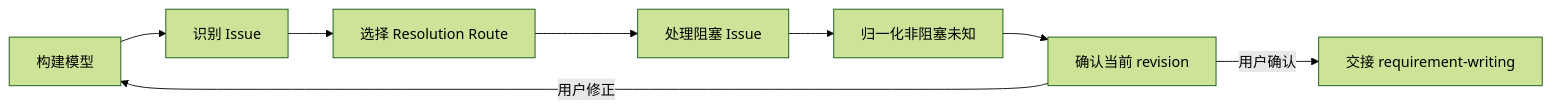
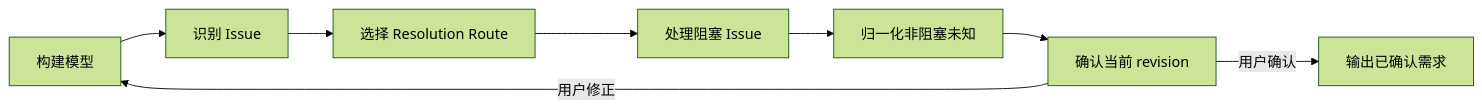
One commit to shirayner/ace changed the diagram in plugin/skills/requirement-understanding-v2/references/flow.md. Above: the diagram before and after it, drawn with Mermaid (forest theme). The commit also changed other lines of this file and 17 other files, not shown here.

````diff
--- a/plugin/skills/requirement-understanding-v2/references/flow.md
+++ b/plugin/skills/requirement-understanding-v2/references/flow.md
@@ -9,10 +9,10 @@
 ```mermaid
 flowchart LR
     A[构建模型] --> B[识别 Issue]
     B --> C[选择 Resolution Route]
     C --> D[处理阻塞 Issue]
     D --> E[归一化非阻塞未知]
     E --> F[确认当前 revision]
     F -->|用户修正| A
-    F -->|用户确认| G[交接 requirement-writing]
+    F -->|用户确认| G[输出已确认需求]
 ```
````
